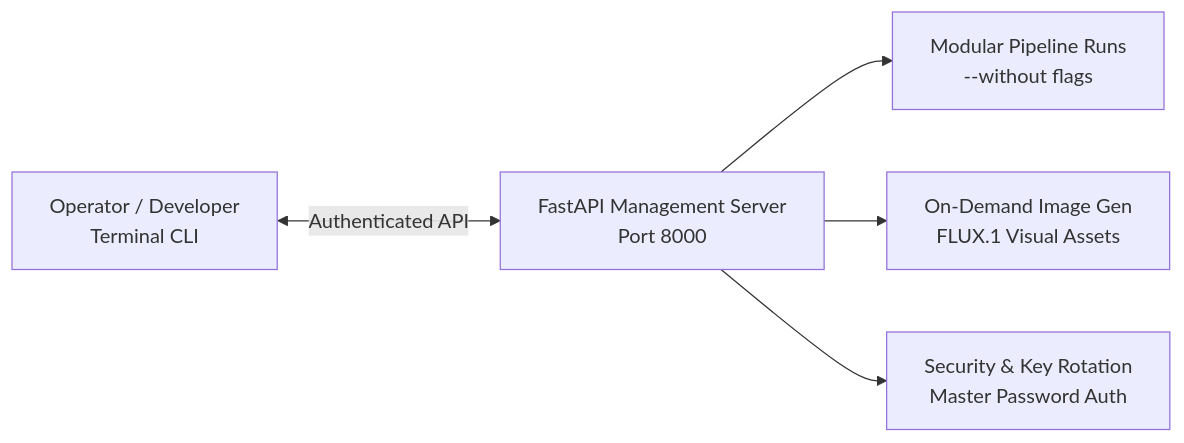
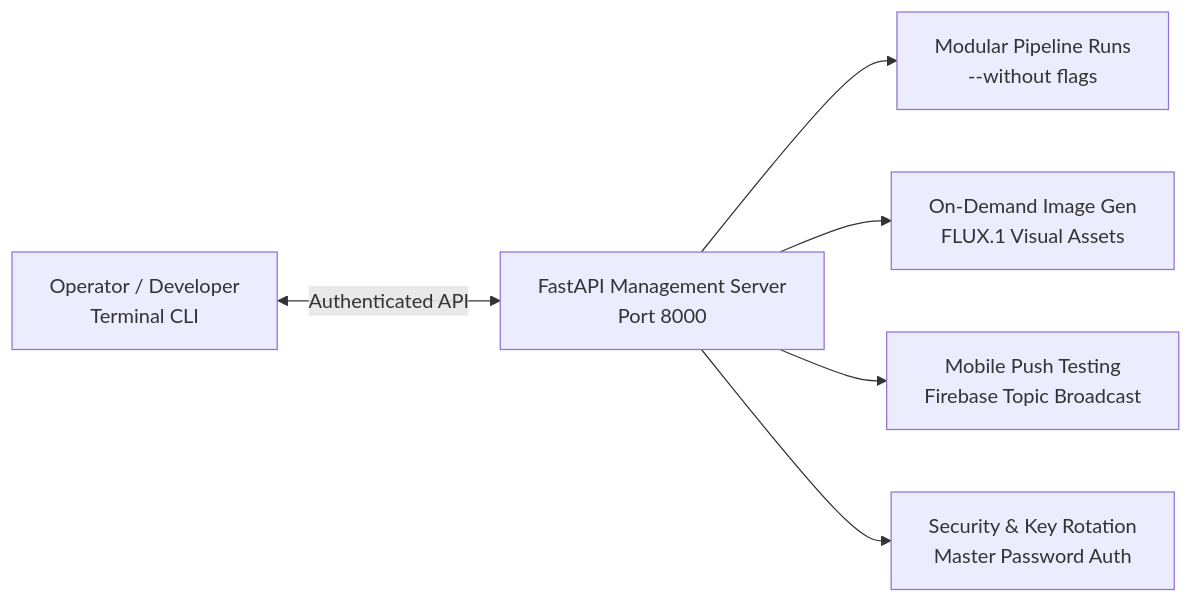
One commit to AnamolZ/lucid-trend changed the third of 3 diagrams in README.md. Above: the diagram before and after it, drawn with Mermaid. The commit also changed other lines of this file and 13 other files, not shown here.

First line of the commit message:
feat: integrate Firebase Cloud Messaging mobile push notifications

````diff
--- a/README.md
+++ b/README.md
@@ -31,7 +32,8 @@
 ```mermaid
 flowchart LR
     A[Operator / Developer\nTerminal CLI] <-->|Authenticated API| B[FastAPI Management Server\nPort 8000]
     B --> C[Modular Pipeline Runs\n--without flags]
     B --> D[On-Demand Image Gen\nFLUX.1 Visual Assets]
-    B --> E[Security & Key Rotation\nMaster Password Auth]
+    B --> E[Mobile Push Testing\nFirebase Topic Broadcast]
+    B --> F[Security & Key Rotation\nMaster Password Auth]
 ```
````
